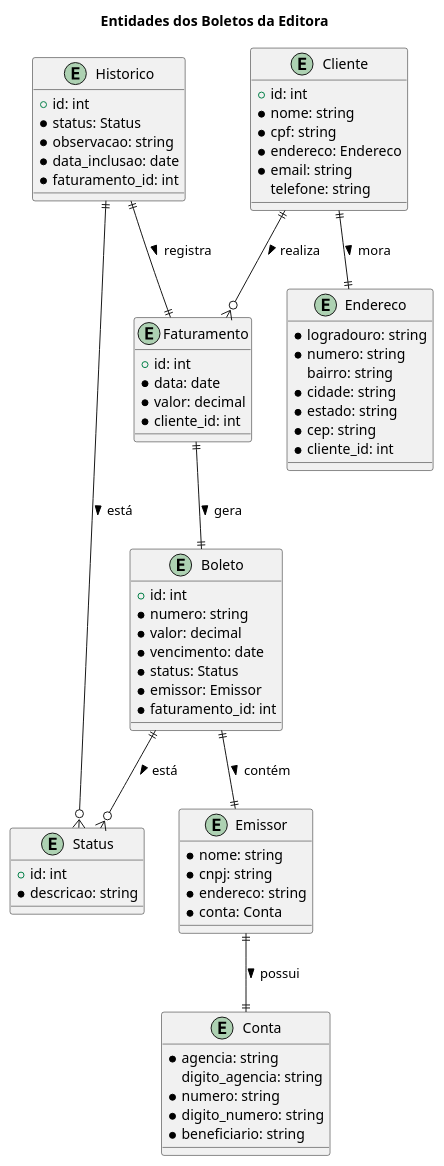
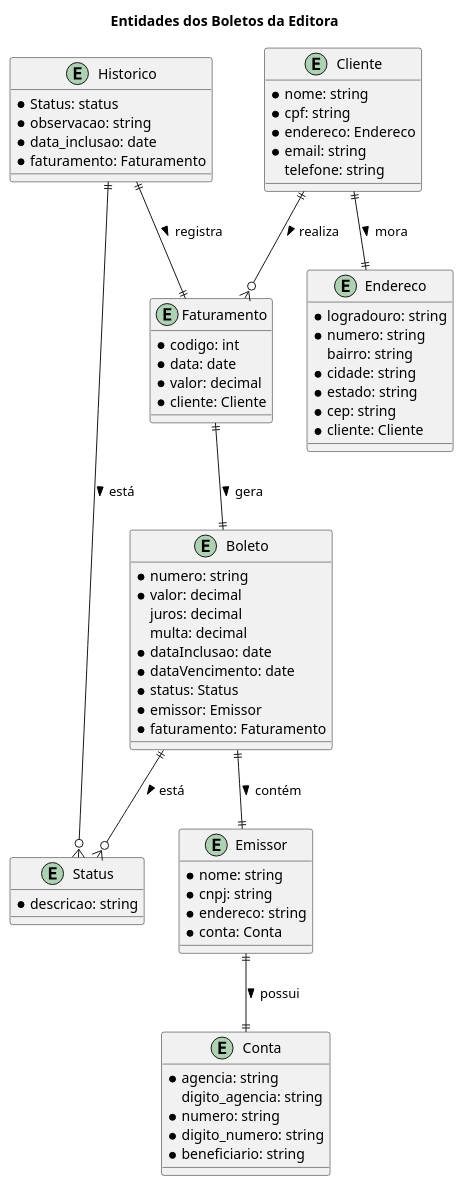
One commit to samoryfiotec/Editora changed the diagram in docs/Entidades.puml. Above: the diagram before and after it, drawn with PlantUML. The commit also changed 23 other files, not shown here.

Commit message:
Adicionar diagramas de sequência e implementar os serviços de Boleto e Cliente.

```diff
--- a/docs/Entidades.puml
+++ b/docs/Entidades.puml
@@ -1,77 +1,76 @@
 @startuml Entidades
 title Entidades dos Boletos da Editora
 
 entity Emissor {
     *nome: string
     *cnpj: string
     *endereco: string
     *conta: Conta    
 }
 
 entity Cliente {
-    +id: int
     *nome: string
     *cpf: string
     *endereco: Endereco        
     *email: string
     telefone: string
 }
 
 entity Faturamento {
-    +id: int
+    *codigo: int
     *data: date
     *valor: decimal
-    *cliente_id: int
+    *cliente: Cliente
 }
 
 entity Boleto {
-    +id: int
     *numero: string
     *valor: decimal
-    *vencimento: date
+    juros: decimal
+    multa: decimal
+    *dataInclusao: date
+    *dataVencimento: date
     *status: Status
     *emissor: Emissor
-    *faturamento_id: int
+    *faturamento: Faturamento
 }
 
 entity Historico {
-    +id: int
-    *status: Status
+    *Status: status
     *observacao: string
     *data_inclusao: date
-    *faturamento_id: int
+    *faturamento: Faturamento    
 }
 
 entity Endereco {
     *logradouro: string
     *numero: string
     bairro: string
     *cidade: string
     *estado: string
     *cep: string
-    *cliente_id: int
+    *cliente: Cliente
 }
 
 entity Conta {
     *agencia: string
     digito_agencia: string
     *numero: string
     *digito_numero: string
     *beneficiario: string
 }
 
 entity Status {
-    +id: int
     *descricao: string
 }
 
 Emissor ||--|| Conta : possui >
 Cliente ||--|| Endereco : mora >
 Cliente ||--o{ Faturamento : realiza >
 Faturamento ||--|| Boleto : gera >
 Boleto ||--o{ Status : está >
 Boleto ||--|| Emissor : contém >
 Historico ||--|| Faturamento : registra >
 Historico||--o{ Status : está >
 
 @enduml
```
